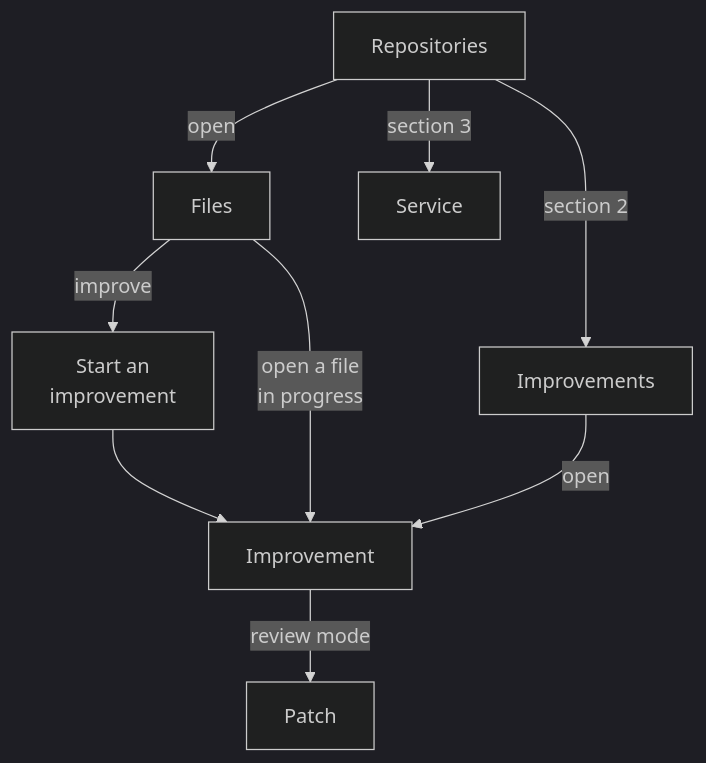
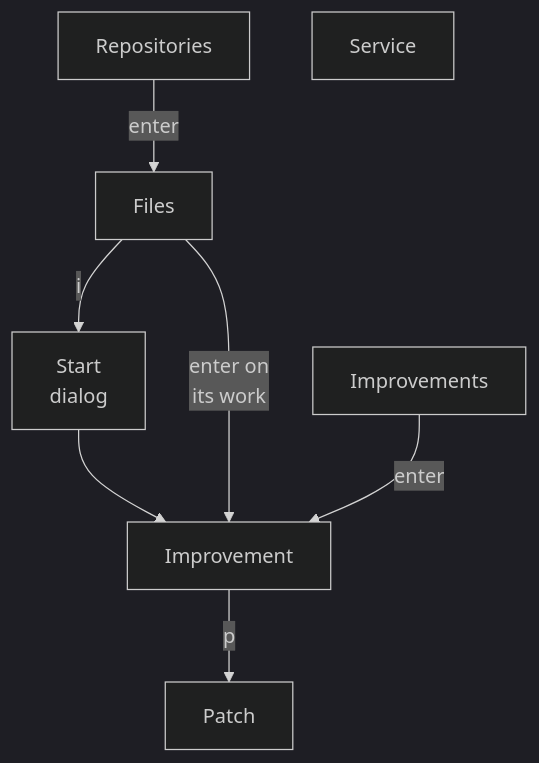
The diagram in docs/plan/terminal-ui.md (daitkhev/coverage-autopilot), drawn with Mermaid (dark theme) before and after one commit. The commit also changed other lines of this file and 3 other files, not shown here.

````diff
--- a/docs/plan/terminal-ui.md
+++ b/docs/plan/terminal-ui.md
@@ -240,11 +90,10 @@
 ```mermaid
 flowchart TD
-    REPOS["Repositories"] -->|"open"| FILES["Files"]
-    FILES -->|"improve"| START["Start an<br/>improvement"]
+    REPOS["Repositories"] -->|"enter"| FILES["Files"]
+    FILES -->|"i"| START["Start<br/>dialog"]
     START --> IMP["Improvement"]
-    FILES -->|"open a file<br/>in progress"| IMP
-    REPOS -->|"section 2"| LIST["Improvements"]
-    LIST -->|"open"| IMP
-    IMP -->|"review mode"| PATCH["Patch"]
-    REPOS -->|"section 3"| SVC["Service"]
+    FILES -->|"enter on<br/>its work"| IMP
+    LIST["Improvements"] -->|"enter"| IMP
+    IMP -->|"p"| PATCH["Patch"]
+    SVC["Service"]
 ```
````
